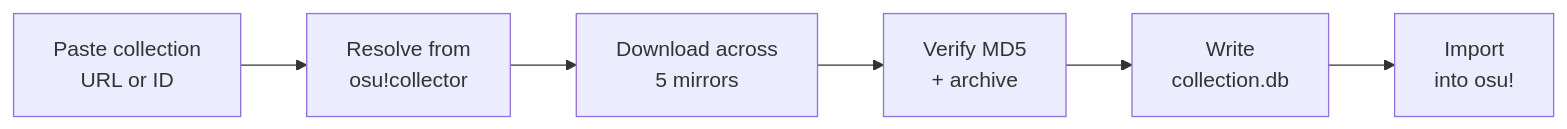
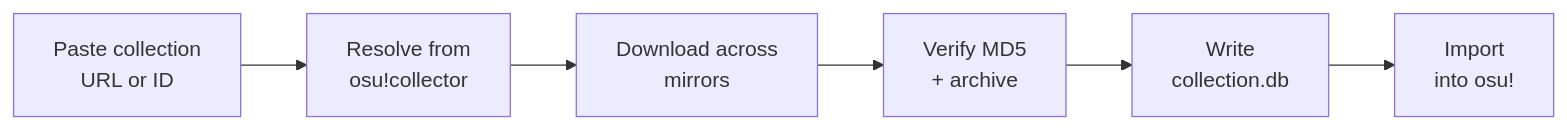
The diagram in README.md (kirowaterxyz/osu-collect), drawn with Mermaid before and after one commit. The commit also changed other lines of this file and 20 other files, not shown here.

````diff
--- a/README.md
+++ b/README.md
@@ -128,8 +128,8 @@
 ```mermaid
 flowchart LR
     A[Paste collection<br/>URL or ID] --> B[Resolve from<br/>osu!collector]
-    B --> C[Download across<br/>5 mirrors]
+    B --> C[Download across<br/>mirrors]
     C --> D[Verify MD5<br/>+ archive]
     D --> E[Write<br/>collection.db]
     E --> F[Import<br/>into osu!]
 ```
````
